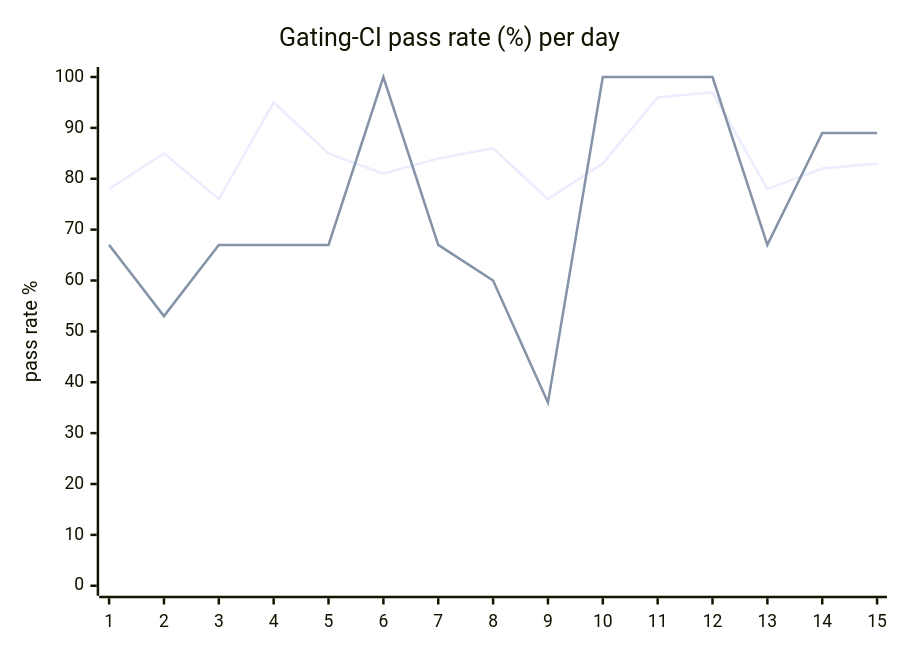
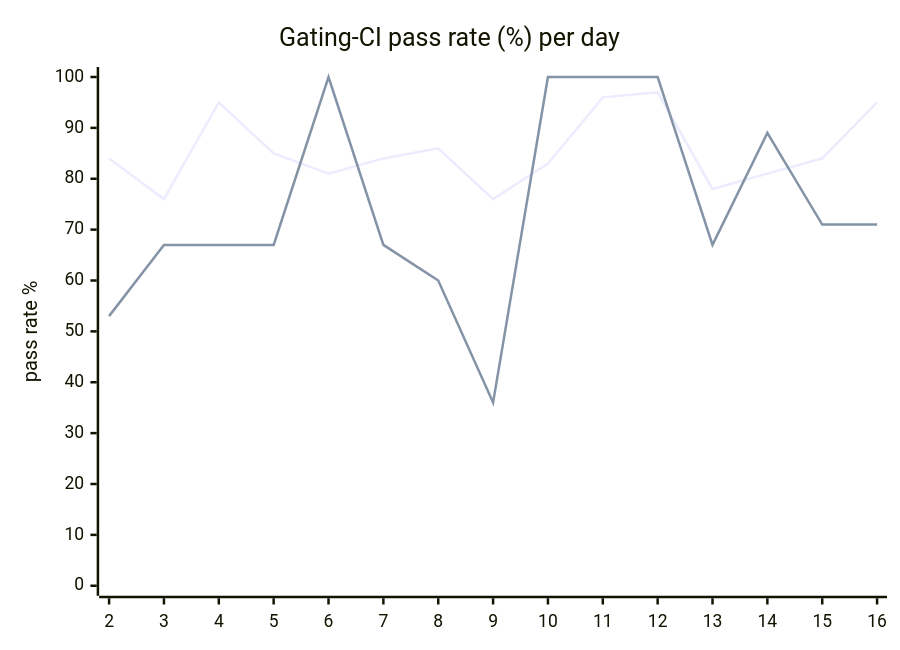
One commit to hatchet-dev/hatchet changed the diagram in hack/ci/ci-dashboard/staging/issue.md. Above: the diagram before and after it, drawn with Mermaid. The commit also changed other lines of this file, not shown here.

````diff
--- a/hack/ci/ci-dashboard/staging/issue.md
+++ b/hack/ci/ci-dashboard/staging/issue.md
@@ -9,8 +9,8 @@
 ```mermaid
 xychart-beta
   title "Gating-CI pass rate (%) per day"
-  x-axis [1, 2, 3, 4, 5, 6, 7, 8, 9, 10, 11, 12, 13, 14, 15]
+  x-axis [2, 3, 4, 5, 6, 7, 8, 9, 10, 11, 12, 13, 14, 15, 16]
   y-axis "pass rate %" 0 --> 100
-  line "CI" [78, 85, 76, 95, 85, 81, 84, 86, 76, 83, 96, 97, 78, 82, 83]
-  line "main" [67, 53, 67, 67, 67, 100, 67, 60, 36, 100, 100, 100, 67, 89, 89]
+  line "CI" [84, 76, 95, 85, 81, 84, 86, 76, 83, 96, 97, 78, 81, 84, 95]
+  line "main" [53, 67, 67, 67, 100, 67, 60, 36, 100, 100, 100, 67, 89, 71, 71]
 ```
````
